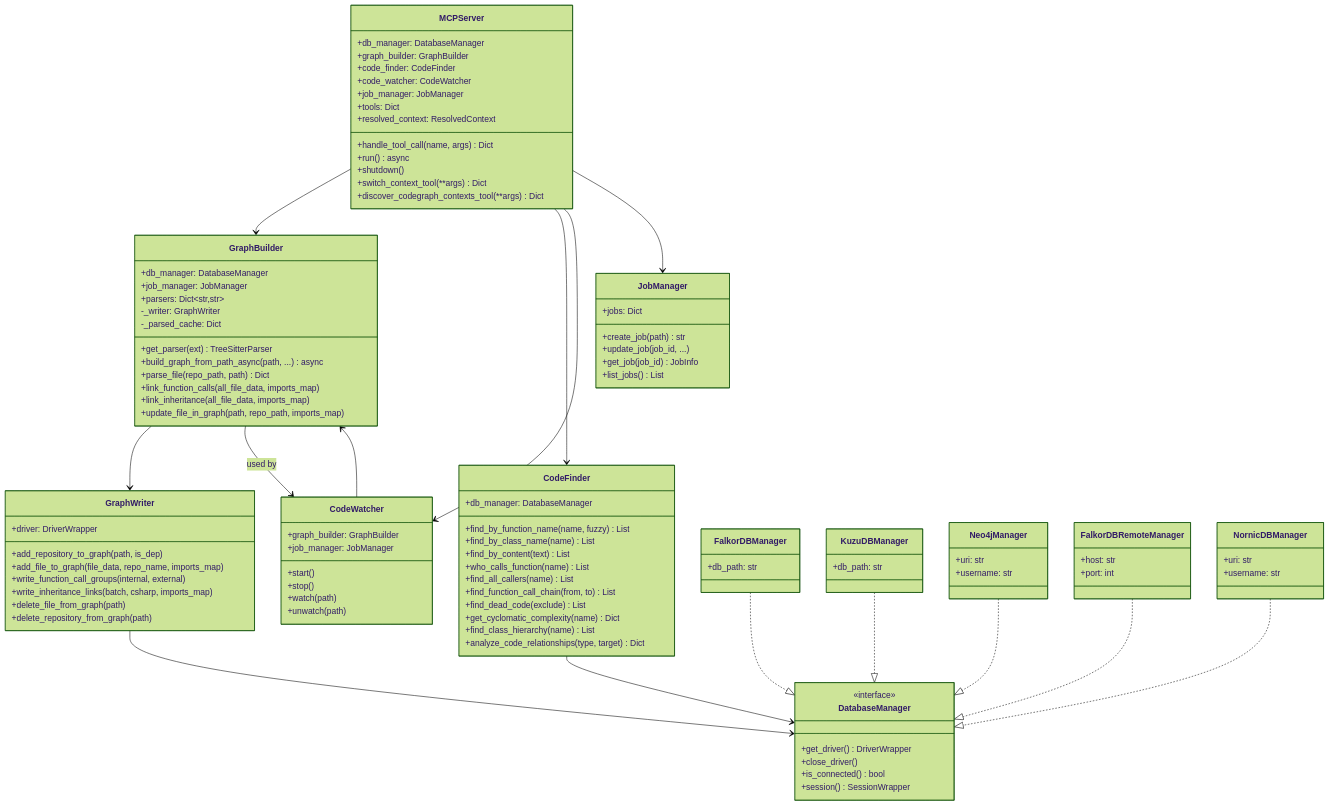
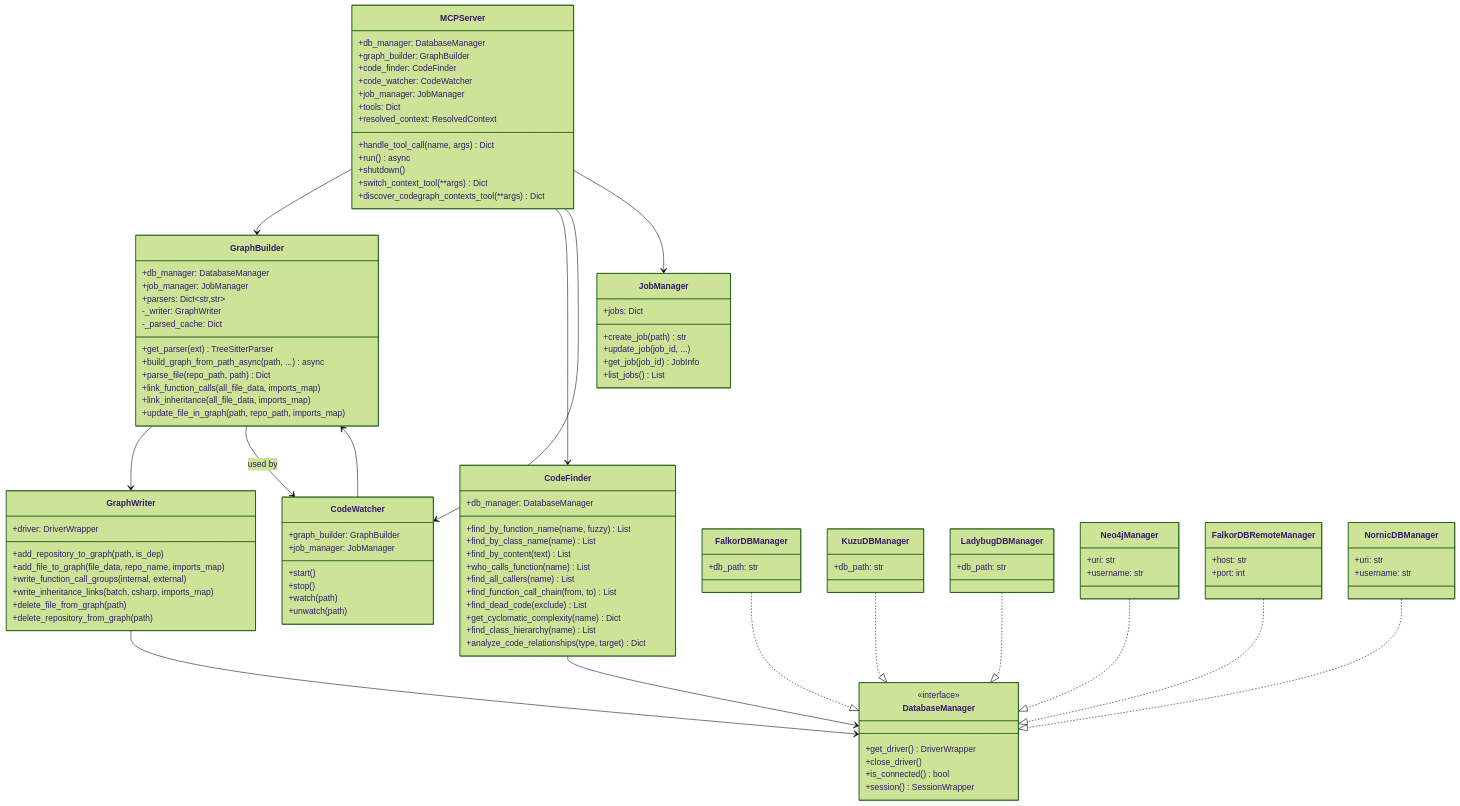
The second of 12 diagrams in docs/ARCHITECTURE.md (CodeGraphContext/CodeGraphContext), drawn with Mermaid (forest theme) before and after one commit. The commit also changed other lines of this file and 15 other files, not shown here.

```diff
--- a/docs/ARCHITECTURE.md
+++ b/docs/ARCHITECTURE.md
@@ -204,6 +207,9 @@
     class KuzuDBManager {
         +db_path: str
     }
+    class LadybugDBManager {
+        +db_path: str
+    }
     class Neo4jManager {
         +uri: str
         +username: str
@@ -227,6 +233,7 @@
     GraphWriter --> DatabaseManager
     CodeFinder --> DatabaseManager
     FalkorDBManager ..|> DatabaseManager
+    LadybugDBManager ..|> DatabaseManager
     KuzuDBManager ..|> DatabaseManager
     Neo4jManager ..|> DatabaseManager
     FalkorDBRemoteManager ..|> DatabaseManager
```
